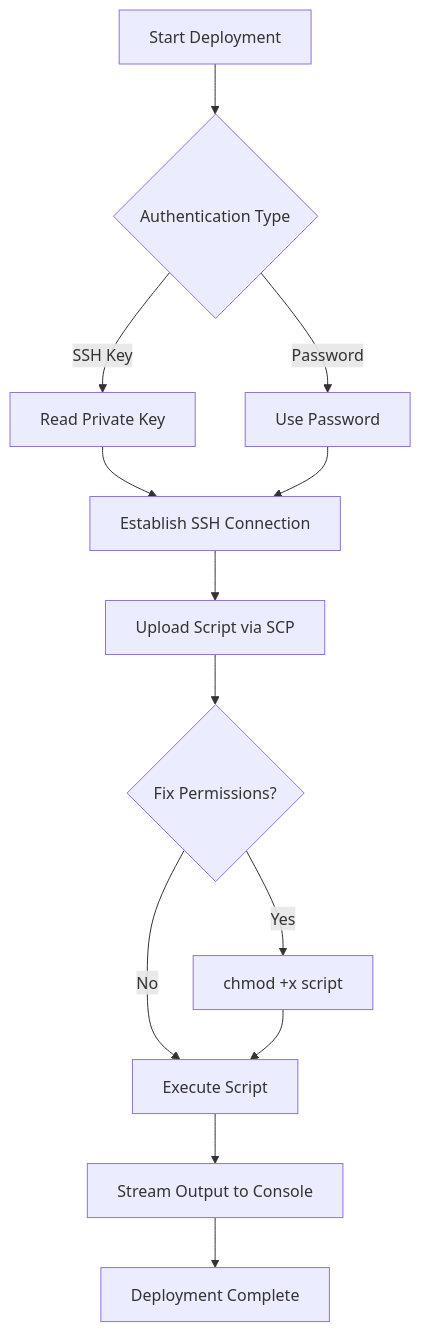
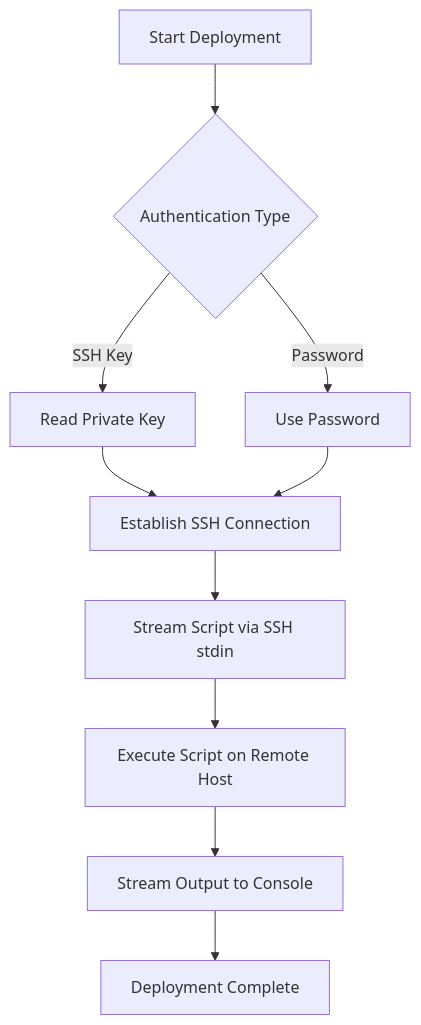
The diagram in docs/website/docs/carlin/05-commands/deploy-vm.mdx (ttoss/ttoss), drawn with Mermaid before and after one commit.

Commit message:
fix(docs): correct VM deployment flow diagram to show stdin streaming instead of SCP

````diff
--- a/docs/website/docs/carlin/05-commands/deploy-vm.mdx
+++ b/docs/website/docs/carlin/05-commands/deploy-vm.mdx
@@ -88,15 +88,12 @@
 ```mermaid
 flowchart TD
     A[Start Deployment] --> B{Authentication Type}
     B -->|SSH Key| C[Read Private Key]
     B -->|Password| D[Use Password]
     C --> E[Establish SSH Connection]
     D --> E
-    E --> F[Upload Script via SCP]
-    F --> G{Fix Permissions?}
-    G -->|Yes| H[chmod +x script]
-    G -->|No| I[Execute Script]
-    H --> I
-    I --> J[Stream Output to Console]
-    J --> K[Deployment Complete]
+    E --> F[Stream Script via SSH stdin]
+    F --> G[Execute Script on Remote Host]
+    G --> H[Stream Output to Console]
+    H --> I[Deployment Complete]
 ```
````
